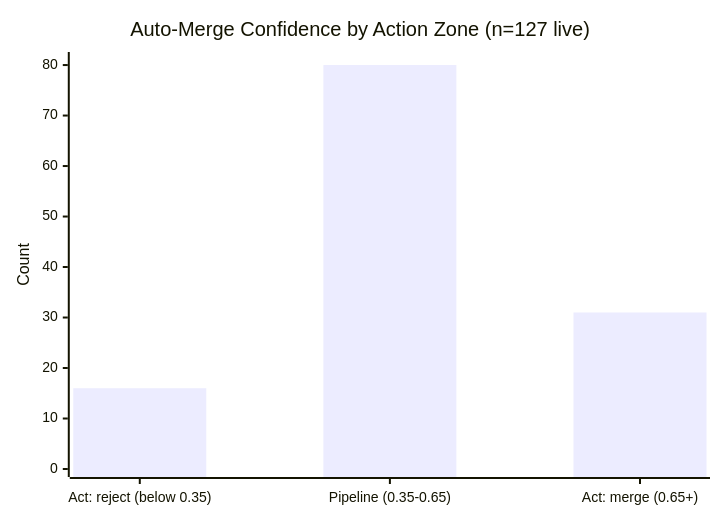
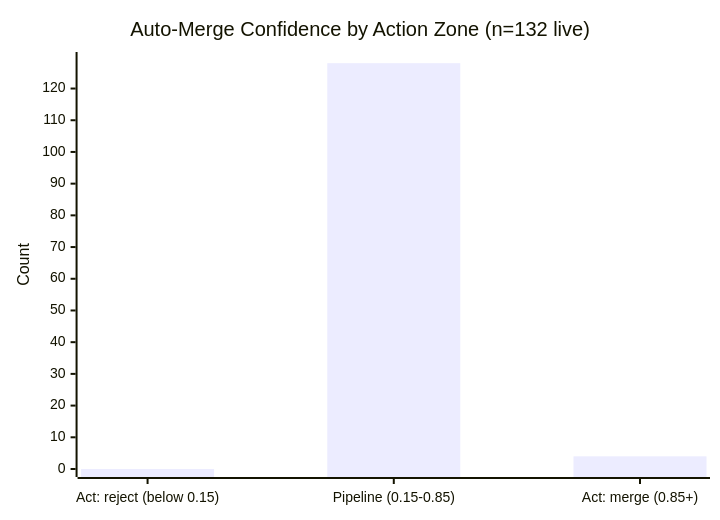
One commit to Sanctum-Origo-Systems/patina changed the second of 4 diagrams in JEV.md. Above: the diagram before and after it, drawn with Mermaid. The commit also changed other lines of this file, not shown here.

````diff
--- a/JEV.md
+++ b/JEV.md
@@ -15,7 +17,7 @@
 ```mermaid
 xychart-beta
-    title "Auto-Merge Confidence by Action Zone (n=127 live)"
-    x-axis ["Act: reject (below 0.35)", "Pipeline (0.35-0.65)", "Act: merge (0.65+)"]
-    y-axis "Count" 0 --> 81
-    bar [16, 80, 31]
+    title "Auto-Merge Confidence by Action Zone (n=132 live)"
+    x-axis ["Act: reject (below 0.15)", "Pipeline (0.15-0.85)", "Act: merge (0.85+)"]
+    y-axis "Count" 0 --> 129
+    bar [0, 128, 4]
 ```
````
